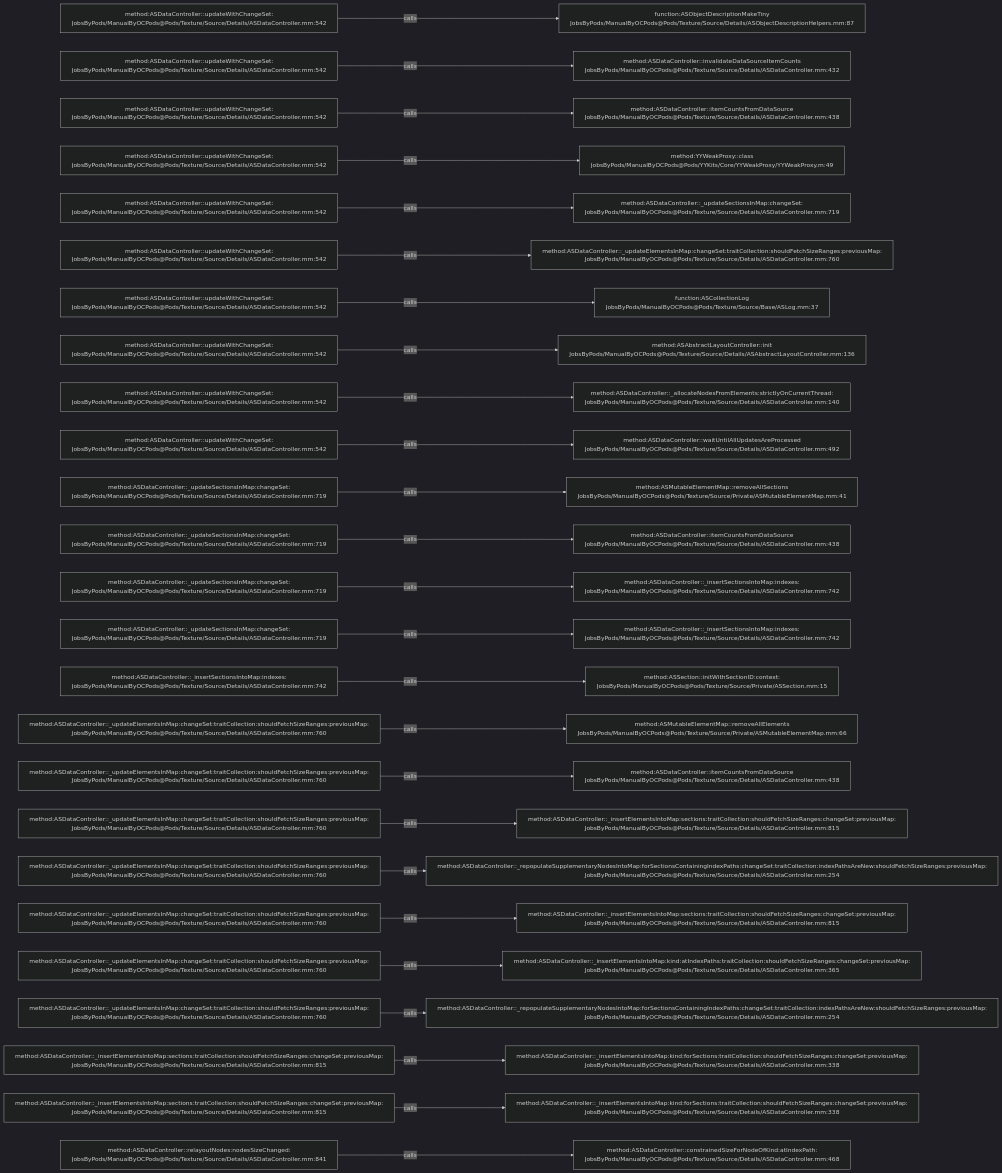
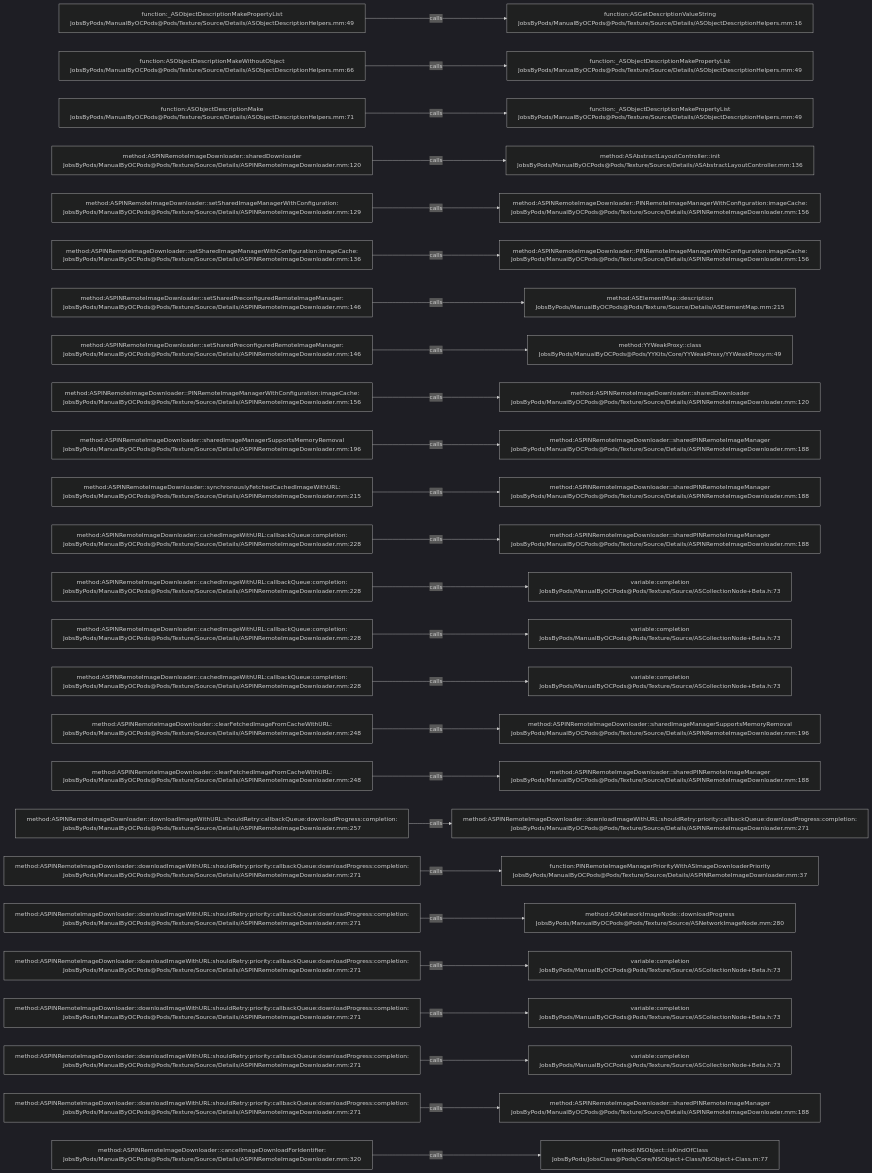
The diagram in .codegraph/codegraph.md/graphs/calls-163.md (JobsKits/JobsOCBaseConfigDemo), drawn with Mermaid (dark theme) before and after one commit. The commit also changed 1223 other files, not shown here.

````diff
--- a/.codegraph/codegraph.md/graphs/calls-163.md
+++ b/.codegraph/codegraph.md/graphs/calls-163.md
@@ -13,78 +13,78 @@
 ```mermaid
 flowchart LR
-  S1["method:ASDataController::updateWithChangeSet:<br/>JobsByPods/ManualByOCPods@Pods/Texture/Source/Details/ASDataController.mm:542"]
-  T1["function:ASObjectDescriptionMakeTiny<br/>JobsByPods/ManualByOCPods@Pods/Texture/Source/Details/ASObjectDescriptionHelpers.mm:87"]
+  S1["function:_ASObjectDescriptionMakePropertyList<br/>JobsByPods/ManualByOCPods@Pods/Texture/Source/Details/ASObjectDescriptionHelpers.mm:49"]
+  T1["function:ASGetDescriptionValueString<br/>JobsByPods/ManualByOCPods@Pods/Texture/Source/Details/ASObjectDescriptionHelpers.mm:16"]
   S1 -->|calls| T1
-  S2["method:ASDataController::updateWithChangeSet:<br/>JobsByPods/ManualByOCPods@Pods/Texture/Source/Details/ASDataController.mm:542"]
-  T2["method:ASDataController::invalidateDataSourceItemCounts<br/>JobsByPods/ManualByOCPods@Pods/Texture/Source/Details/ASDataController.mm:432"]
+  S2["function:ASObjectDescriptionMakeWithoutObject<br/>JobsByPods/ManualByOCPods@Pods/Texture/Source/Details/ASObjectDescriptionHelpers.mm:66"]
+  T2["function:_ASObjectDescriptionMakePropertyList<br/>JobsByPods/ManualByOCPods@Pods/Texture/Source/Details/ASObjectDescriptionHelpers.mm:49"]
   S2 -->|calls| T2
-  S3["method:ASDataController::updateWithChangeSet:<br/>JobsByPods/ManualByOCPods@Pods/Texture/Source/Details/ASDataController.mm:542"]
-  T3["method:ASDataController::itemCountsFromDataSource<br/>JobsByPods/ManualByOCPods@Pods/Texture/Source/Details/ASDataController.mm:438"]
+  S3["function:ASObjectDescriptionMake<br/>JobsByPods/ManualByOCPods@Pods/Texture/Source/Details/ASObjectDescriptionHelpers.mm:71"]
+  T3["function:_ASObjectDescriptionMakePropertyList<br/>JobsByPods/ManualByOCPods@Pods/Texture/Source/Details/ASObjectDescriptionHelpers.mm:49"]
   S3 -->|calls| T3
-  S4["method:ASDataController::updateWithChangeSet:<br/>JobsByPods/ManualByOCPods@Pods/Texture/Source/Details/ASDataController.mm:542"]
-  T4["method:YYWeakProxy::class<br/>JobsByPods/ManualByOCPods@Pods/YYKits/Core/YYWeakProxy/YYWeakProxy.m:49"]
+  S4["method:ASPINRemoteImageDownloader::sharedDownloader<br/>JobsByPods/ManualByOCPods@Pods/Texture/Source/Details/ASPINRemoteImageDownloader.mm:120"]
+  T4["method:ASAbstractLayoutController::init<br/>JobsByPods/ManualByOCPods@Pods/Texture/Source/Details/ASAbstractLayoutController.mm:136"]
   S4 -->|calls| T4
-  S5["method:ASDataController::updateWithChangeSet:<br/>JobsByPods/ManualByOCPods@Pods/Texture/Source/Details/ASDataController.mm:542"]
-  T5["method:ASDataController::_updateSectionsInMap:changeSet:<br/>JobsByPods/ManualByOCPods@Pods/Texture/Source/Details/ASDataController.mm:719"]
+  S5["method:ASPINRemoteImageDownloader::setSharedImageManagerWithConfiguration:<br/>JobsByPods/ManualByOCPods@Pods/Texture/Source/Details/ASPINRemoteImageDownloader.mm:129"]
+  T5["method:ASPINRemoteImageDownloader::PINRemoteImageManagerWithConfiguration:imageCache:<br/>JobsByPods/ManualByOCPods@Pods/Texture/Source/Details/ASPINRemoteImageDownloader.mm:156"]
   S5 -->|calls| T5
-  S6["method:ASDataController::updateWithChangeSet:<br/>JobsByPods/ManualByOCPods@Pods/Texture/Source/Details/ASDataController.mm:542"]
-  T6["method:ASDataController::_updateElementsInMap:changeSet:traitCollection:shouldFetchSizeRanges:previousMap:<br/>JobsByPods/ManualByOCPods@Pods/Texture/Source/Details/ASDataController.mm:760"]
+  S6["method:ASPINRemoteImageDownloader::setSharedImageManagerWithConfiguration:imageCache:<br/>JobsByPods/ManualByOCPods@Pods/Texture/Source/Details/ASPINRemoteImageDownloader.mm:136"]
+  T6["method:ASPINRemoteImageDownloader::PINRemoteImageManagerWithConfiguration:imageCache:<br/>JobsByPods/ManualByOCPods@Pods/Texture/Source/Details/ASPINRemoteImageDownloader.mm:156"]
   S6 -->|calls| T6
-  S7["method:ASDataController::updateWithChangeSet:<br/>JobsByPods/ManualByOCPods@Pods/Texture/Source/Details/ASDataController.mm:542"]
-  T7["function:ASCollectionLog<br/>JobsByPods/ManualByOCPods@Pods/Texture/Source/Base/ASLog.mm:37"]
+  S7["method:ASPINRemoteImageDownloader::setSharedPreconfiguredRemoteImageManager:<br/>JobsByPods/ManualByOCPods@Pods/Texture/Source/Details/ASPINRemoteImageDownloader.mm:146"]
+  T7["method:ASElementMap::description<br/>JobsByPods/ManualByOCPods@Pods/Texture/Source/Details/ASElementMap.mm:215"]
   S7 -->|calls| T7
-  S8["method:ASDataController::updateWithChangeSet:<br/>JobsByPods/ManualByOCPods@Pods/Texture/Source/Details/ASDataController.mm:542"]
-  T8["method:ASAbstractLayoutController::init<br/>JobsByPods/ManualByOCPods@Pods/Texture/Source/Details/ASAbstractLayoutController.mm:136"]
+  S8["method:ASPINRemoteImageDownloader::setSharedPreconfiguredRemoteImageManager:<br/>JobsByPods/ManualByOCPods@Pods/Texture/Source/Details/ASPINRemoteImageDownloader.mm:146"]
+  T8["method:YYWeakProxy::class<br/>JobsByPods/ManualByOCPods@Pods/YYKits/Core/YYWeakProxy/YYWeakProxy.m:49"]
   S8 -->|calls| T8
-  S9["method:ASDataController::updateWithChangeSet:<br/>JobsByPods/ManualByOCPods@Pods/Texture/Source/Details/ASDataController.mm:542"]
-  T9["method:ASDataController::_allocateNodesFromElements:strictlyOnCurrentThread:<br/>JobsByPods/ManualByOCPods@Pods/Texture/Source/Details/ASDataController.mm:140"]
+  S9["method:ASPINRemoteImageDownloader::PINRemoteImageManagerWithConfiguration:imageCache:<br/>JobsByPods/ManualByOCPods@Pods/Texture/Source/Details/ASPINRemoteImageDownloader.mm:156"]
+  T9["method:ASPINRemoteImageDownloader::sharedDownloader<br/>JobsByPods/ManualByOCPods@Pods/Texture/Source/Details/ASPINRemoteImageDownloader.mm:120"]
   S9 -->|calls| T9
-  S10["method:ASDataController::updateWithChangeSet:<br/>JobsByPods/ManualByOCPods@Pods/Texture/Source/Details/ASDataController.mm:542"]
-  T10["method:ASDataController::waitUntilAllUpdatesAreProcessed<br/>JobsByPods/ManualByOCPods@Pods/Texture/Source/Details/ASDataController.mm:492"]
+  S10["method:ASPINRemoteImageDownloader::sharedImageManagerSupportsMemoryRemoval<br/>JobsByPods/ManualByOCPods@Pods/Texture/Source/Details/ASPINRemoteImageDownloader.mm:196"]
+  T10["method:ASPINRemoteImageDownloader::sharedPINRemoteImageManager<br/>JobsByPods/ManualByOCPods@Pods/Texture/Source/Details/ASPINRemoteImageDownloader.mm:188"]
   S10 -->|calls| T10
-  S11["method:ASDataController::_updateSectionsInMap:changeSet:<br/>JobsByPods/ManualByOCPods@Pods/Texture/Source/Details/ASDataController.mm:719"]
-  T11["method:ASMutableElementMap::removeAllSections<br/>JobsByPods/ManualByOCPods@Pods/Texture/Source/Private/ASMutableElementMap.mm:41"]
+  S11["method:ASPINRemoteImageDownloader::synchronouslyFetchedCachedImageWithURL:<br/>JobsByPods/ManualByOCPods@Pods/Texture/Source/Details/ASPINRemoteImageDownloader.mm:215"]
+  T11["method:ASPINRemoteImageDownloader::sharedPINRemoteImageManager<br/>JobsByPods/ManualByOCPods@Pods/Texture/Source/Details/ASPINRemoteImageDownloader.mm:188"]
   S11 -->|calls| T11
-  S12["method:ASDataController::_updateSectionsInMap:changeSet:<br/>JobsByPods/ManualByOCPods@Pods/Texture/Source/Details/ASDataController.mm:719"]
-  T12["method:ASDataController::itemCountsFromDataSource<br/>JobsByPods/ManualByOCPods@Pods/Texture/Source/Details/ASDataController.mm:438"]
+  S12["method:ASPINRemoteImageDownloader::cachedImageWithURL:callbackQueue:completion:<br/>JobsByPods/ManualByOCPods@Pods/Texture/Source/Details/ASPINRemoteImageDownloader.mm:228"]
+  T12["method:ASPINRemoteImageDownloader::sharedPINRemoteImageManager<br/>JobsByPods/ManualByOCPods@Pods/Texture/Source/Details/ASPINRemoteImageDownloader.mm:188"]
   S12 -->|calls| T12
-  S13["method:ASDataController::_updateSectionsInMap:changeSet:<br/>JobsByPods/ManualByOCPods@Pods/Texture/Source/Details/ASDataController.mm:719"]
-  T13["method:ASDataController::_insertSectionsIntoMap:indexes:<br/>JobsByPods/ManualByOCPods@Pods/Texture/Source/Details/ASDataController.mm:742"]
+  S13["method:ASPINRemoteImageDownloader::cachedImageWithURL:callbackQueue:completion:<br/>JobsByPods/ManualByOCPods@Pods/Texture/Source/Details/ASPINRemoteImageDownloader.mm:228"]
+  T13["variable:completion<br/>JobsByPods/ManualByOCPods@Pods/Texture/Source/ASCollectionNode+Beta.h:73"]
   S13 -->|calls| T13
-  S14["method:ASDataController::_updateSectionsInMap:changeSet:<br/>JobsByPods/ManualByOCPods@Pods/Texture/Source/Details/ASDataController.mm:719"]
-  T14["method:ASDataController::_insertSectionsIntoMap:indexes:<br/>JobsByPods/ManualByOCPods@Pods/Texture/Source/Details/ASDataController.mm:742"]
+  S14["method:ASPINRemoteImageDownloader::cachedImageWithURL:callbackQueue:completion:<br/>JobsByPods/ManualByOCPods@Pods/Texture/Source/Details/ASPINRemoteImageDownloader.mm:228"]
+  T14["variable:completion<br/>JobsByPods/ManualByOCPods@Pods/Texture/Source/ASCollectionNode+Beta.h:73"]
   S14 -->|calls| T14
-  S15["method:ASDataController::_insertSectionsIntoMap:indexes:<br/>JobsByPods/ManualByOCPods@Pods/Texture/Source/Details/ASDataController.mm:742"]
-  T15["method:ASSection::initWithSectionID:context:<br/>JobsByPods/ManualByOCPods@Pods/Texture/Source/Private/ASSection.mm:15"]
+  S15["method:ASPINRemoteImageDownloader::cachedImageWithURL:callbackQueue:completion:<br/>JobsByPods/ManualByOCPods@Pods/Texture/Source/Details/ASPINRemoteImageDownloader.mm:228"]
+  T15["variable:completion<br/>JobsByPods/ManualByOCPods@Pods/Texture/Source/ASCollectionNode+Beta.h:73"]
   S15 -->|calls| T15
-  S16["method:ASDataController::_updateElementsInMap:changeSet:traitCollection:shouldFetchSizeRanges:previousMap:<br/>JobsByPods/ManualByOCPods@Pods/Texture/Source/Details/ASDataController.mm:760"]
-  T16["method:ASMutableElementMap::removeAllElements<br/>JobsByPods/ManualByOCPods@Pods/Texture/Source/Private/ASMutableElementMap.mm:66"]
+  S16["method:ASPINRemoteImageDownloader::clearFetchedImageFromCacheWithURL:<br/>JobsByPods/ManualByOCPods@Pods/Texture/Source/Details/ASPINRemoteImageDownloader.mm:248"]
+  T16["method:ASPINRemoteImageDownloader::sharedImageManagerSupportsMemoryRemoval<br/>JobsByPods/ManualByOCPods@Pods/Texture/Source/Details/ASPINRemoteImageDownloader.mm:196"]
   S16 -->|calls| T16
-  S17["method:ASDataController::_updateElementsInMap:changeSet:traitCollection:shouldFetchSizeRanges:previousMap:<br/>JobsByPods/ManualByOCPods@Pods/Texture/Source/Details/ASDataController.mm:760"]
-  T17["method:ASDataController::itemCountsFromDataSource<br/>JobsByPods/ManualByOCPods@Pods/Texture/Source/Details/ASDataController.mm:438"]
+  S17["method:ASPINRemoteImageDownloader::clearFetchedImageFromCacheWithURL:<br/>JobsByPods/ManualByOCPods@Pods/Texture/Source/Details/ASPINRemoteImageDownloader.mm:248"]
+  T17["method:ASPINRemoteImageDownloader::sharedPINRemoteImageManager<br/>JobsByPods/ManualByOCPods@Pods/Texture/Source/Details/ASPINRemoteImageDownloader.mm:188"]
   S17 -->|calls| T17
-  S18["method:ASDataController::_updateElementsInMap:changeSet:traitCollection:shouldFetchSizeRanges:previousMap:<br/>JobsByPods/ManualByOCPods@Pods/Texture/Source/Details/ASDataController.mm:760"]
-  T18["method:ASDataController::_insertElementsIntoMap:sections:traitCollection:shouldFetchSizeRanges:changeSet:previousMap:<br/>JobsByPods/ManualByOCPods@Pods/Texture/Source/Details/ASDataController.mm:815"]
+  S18["method:ASPINRemoteImageDownloader::downloadImageWithURL:shouldRetry:callbackQueue:downloadProgress:completion:<br/>JobsByPods/ManualByOCPods@Pods/Texture/Source/Details/ASPINRemoteImageDownloader.mm:257"]
+  T18["method:ASPINRemoteImageDownloader::downloadImageWithURL:shouldRetry:priority:callbackQueue:downloadProgress:completion:<br/>JobsByPods/ManualByOCPods@Pods/Texture/Source/Details/ASPINRemoteImageDownloader.mm:271"]
   S18 -->|calls| T18
-  S19["method:ASDataController::_updateElementsInMap:changeSet:traitCollection:shouldFetchSizeRanges:previousMap:<br/>JobsByPods/ManualByOCPods@Pods/Texture/Source/Details/ASDataController.mm:760"]
-  T19["method:ASDataController::_repopulateSupplementaryNodesIntoMap:forSectionsContainingIndexPaths:changeSet:traitCollection:indexPathsAreNew:shouldFetchSizeRanges:previousMap:<br/>JobsByPods/ManualByOCPods@Pods/Texture/Source/Details/ASDataController.mm:254"]
+  S19["method:ASPINRemoteImageDownloader::downloadImageWithURL:shouldRetry:priority:callbackQueue:downloadProgress:completion:<br/>JobsByPods/ManualByOCPods@Pods/Texture/Source/Details/ASPINRemoteImageDownloader.mm:271"]
+  T19["function:PINRemoteImageManagerPriorityWithASImageDownloaderPriority<br/>JobsByPods/ManualByOCPods@Pods/Texture/Source/Details/ASPINRemoteImageDownloader.mm:37"]
   S19 -->|calls| T19
-  S20["method:ASDataController::_updateElementsInMap:changeSet:traitCollection:shouldFetchSizeRanges:previousMap:<br/>JobsByPods/ManualByOCPods@Pods/Texture/Source/Details/ASDataController.mm:760"]
-  T20["method:ASDataController::_insertElementsIntoMap:sections:traitCollection:shouldFetchSizeRanges:changeSet:previousMap:<br/>JobsByPods/ManualByOCPods@Pods/Texture/Source/Details/ASDataController.mm:815"]
+  S20["method:ASPINRemoteImageDownloader::downloadImageWithURL:shouldRetry:priority:callbackQueue:downloadProgress:completion:<br/>JobsByPods/ManualByOCPods@Pods/Texture/Source/Details/ASPINRemoteImageDownloader.mm:271"]
+  T20["method:ASNetworkImageNode::downloadProgress<br/>JobsByPods/ManualByOCPods@Pods/Texture/Source/ASNetworkImageNode.mm:280"]
   S20 -->|calls| T20
-  S21["method:ASDataController::_updateElementsInMap:changeSet:traitCollection:shouldFetchSizeRanges:previousMap:<br/>JobsByPods/ManualByOCPods@Pods/Texture/Source/Details/ASDataController.mm:760"]
-  T21["method:ASDataController::_insertElementsIntoMap:kind:atIndexPaths:traitCollection:shouldFetchSizeRanges:changeSet:previousMap:<br/>JobsByPods/ManualByOCPods@Pods/Texture/Source/Details/ASDataController.mm:365"]
+  S21["method:ASPINRemoteImageDownloader::downloadImageWithURL:shouldRetry:priority:callbackQueue:downloadProgress:completion:<br/>JobsByPods/ManualByOCPods@Pods/Texture/Source/Details/ASPINRemoteImageDownloader.mm:271"]
+  T21["variable:completion<br/>JobsByPods/ManualByOCPods@Pods/Texture/Source/ASCollectionNode+Beta.h:73"]
   S21 -->|calls| T21
-  S22["method:ASDataController::_updateElementsInMap:changeSet:traitCollection:shouldFetchSizeRanges:previousMap:<br/>JobsByPods/ManualByOCPods@Pods/Texture/Source/Details/ASDataController.mm:760"]
-  T22["method:ASDataController::_repopulateSupplementaryNodesIntoMap:forSectionsContainingIndexPaths:changeSet:traitCollection:indexPathsAreNew:shouldFetchSizeRanges:previousMap:<br/>JobsByPods/ManualByOCPods@Pods/Texture/Source/Details/ASDataController.mm:254"]
+  S22["method:ASPINRemoteImageDownloader::downloadImageWithURL:shouldRetry:priority:callbackQueue:downloadProgress:completion:<br/>JobsByPods/ManualByOCPods@Pods/Texture/Source/Details/ASPINRemoteImageDownloader.mm:271"]
+  T22["variable:completion<br/>JobsByPods/ManualByOCPods@Pods/Texture/Source/ASCollectionNode+Beta.h:73"]
   S22 -->|calls| T22
-  S23["method:ASDataController::_insertElementsIntoMap:sections:traitCollection:shouldFetchSizeRanges:changeSet:previousMap:<br/>JobsByPods/ManualByOCPods@Pods/Texture/Source/Details/ASDataController.mm:815"]
-  T23["method:ASDataController::_insertElementsIntoMap:kind:forSections:traitCollection:shouldFetchSizeRanges:changeSet:previousMap:<br/>JobsByPods/ManualByOCPods@Pods/Texture/Source/Details/ASDataController.mm:338"]
+  S23["method:ASPINRemoteImageDownloader::downloadImageWithURL:shouldRetry:priority:callbackQueue:downloadProgress:completion:<br/>JobsByPods/ManualByOCPods@Pods/Texture/Source/Details/ASPINRemoteImageDownloader.mm:271"]
+  T23["variable:completion<br/>JobsByPods/ManualByOCPods@Pods/Texture/Source/ASCollectionNode+Beta.h:73"]
   S23 -->|calls| T23
-  S24["method:ASDataController::_insertElementsIntoMap:sections:traitCollection:shouldFetchSizeRanges:changeSet:previousMap:<br/>JobsByPods/ManualByOCPods@Pods/Texture/Source/Details/ASDataController.mm:815"]
-  T24["method:ASDataController::_insertElementsIntoMap:kind:forSections:traitCollection:shouldFetchSizeRanges:changeSet:previousMap:<br/>JobsByPods/ManualByOCPods@Pods/Texture/Source/Details/ASDataController.mm:338"]
+  S24["method:ASPINRemoteImageDownloader::downloadImageWithURL:shouldRetry:priority:callbackQueue:downloadProgress:completion:<br/>JobsByPods/ManualByOCPods@Pods/Texture/Source/Details/ASPINRemoteImageDownloader.mm:271"]
+  T24["method:ASPINRemoteImageDownloader::sharedPINRemoteImageManager<br/>JobsByPods/ManualByOCPods@Pods/Texture/Source/Details/ASPINRemoteImageDownloader.mm:188"]
   S24 -->|calls| T24
-  S25["method:ASDataController::relayoutNodes:nodesSizeChanged:<br/>JobsByPods/ManualByOCPods@Pods/Texture/Source/Details/ASDataController.mm:841"]
-  T25["method:ASDataController::constrainedSizeForNodeOfKind:atIndexPath:<br/>JobsByPods/ManualByOCPods@Pods/Texture/Source/Details/ASDataController.mm:468"]
+  S25["method:ASPINRemoteImageDownloader::cancelImageDownloadForIdentifier:<br/>JobsByPods/ManualByOCPods@Pods/Texture/Source/Details/ASPINRemoteImageDownloader.mm:320"]
+  T25["method:NSObject::isKindOfClass<br/>JobsByPods/JobsClass@Pods/Core/NSObject+Class/NSObject+Class.m:77"]
   S25 -->|calls| T25
 ```
````
